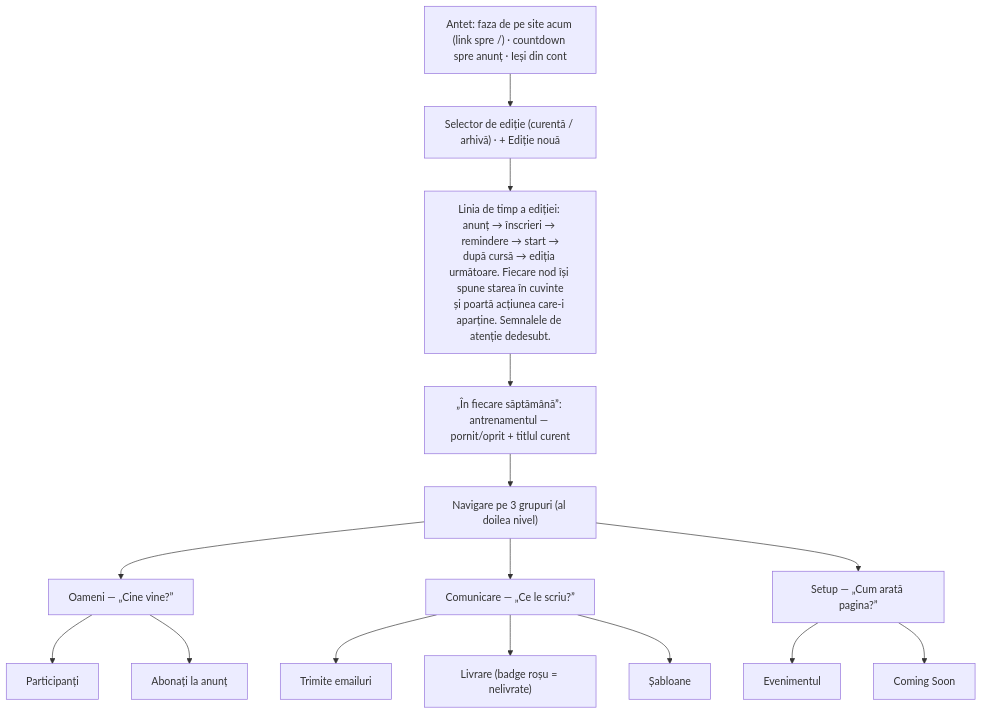
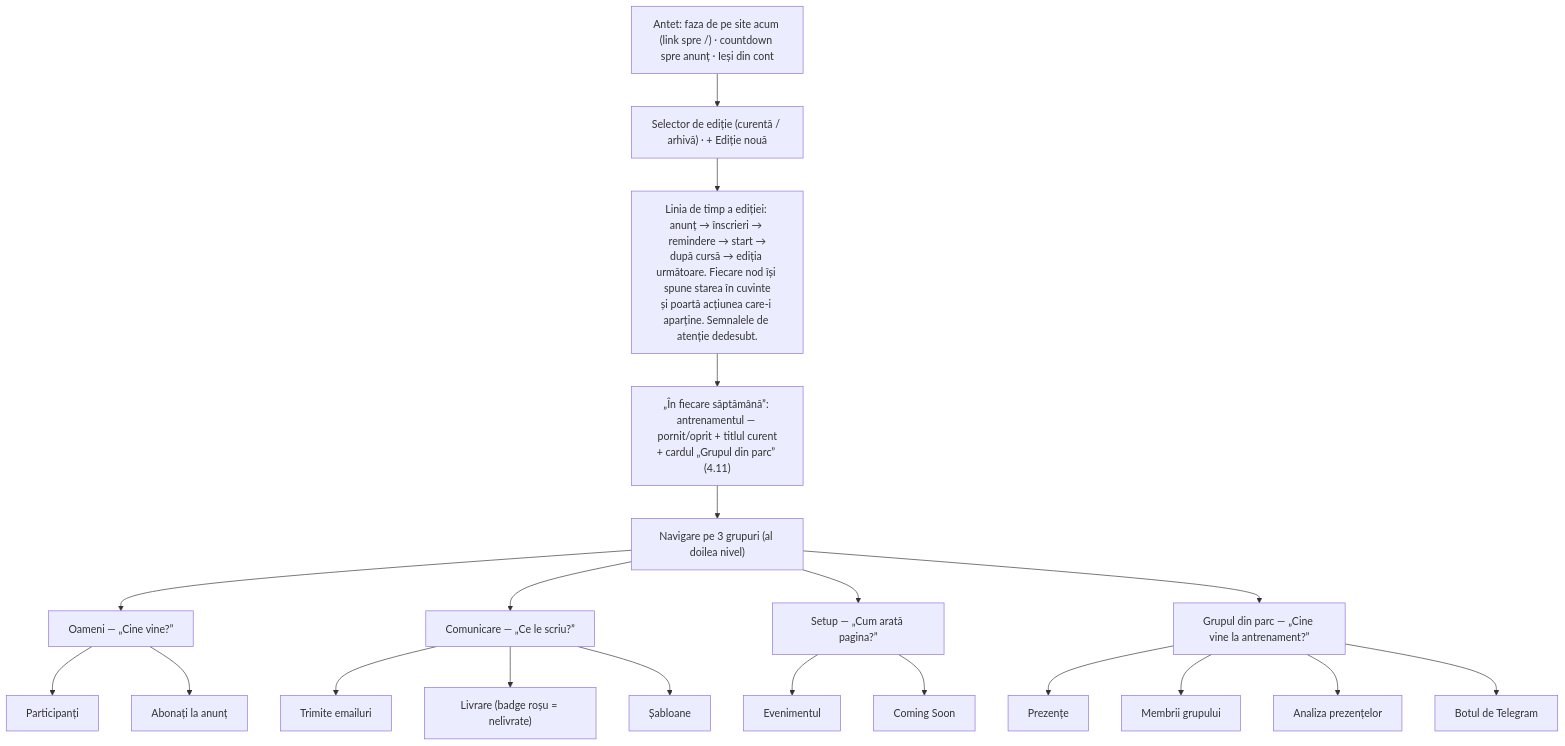
Diagram 13 of 20 in docs/FLUXURI.md (vladrightjump/run-lift-landing), drawn with Mermaid before and after one commit. The commit also changed other lines of this file and 2 other files, not shown here.

First line of the commit message:
docs: ghidul grupului din parc și harta lui tehnică

````diff
--- a/docs/FLUXURI.md
+++ b/docs/FLUXURI.md
@@ -407,19 +437,24 @@
 ```mermaid
 flowchart TB
   TOP["Antet: faza de pe site acum (link spre /) · countdown spre anunț · Ieși din cont"]
   ED["Selector de ediție (curentă / arhivă) · + Ediție nouă"]
   LINIE["Linia de timp a ediției: anunț → înscrieri → remindere → start →<br/>după cursă → ediția următoare. Fiecare nod își spune starea în cuvinte<br/>și poartă acțiunea care-i aparține. Semnalele de atenție dedesubt."]
-  SAPT["„În fiecare săptămână”: antrenamentul — pornit/oprit + titlul curent"]
+  SAPT["„În fiecare săptămână”: antrenamentul — pornit/oprit + titlul curent<br/>+ cardul „Grupul din parc” (4.11)"]
   NAV["Navigare pe 3 grupuri (al doilea nivel)"]
   TOP --> ED --> LINIE --> SAPT --> NAV
   NAV --> O["Oameni — „Cine vine?”"]
   NAV --> C["Comunicare — „Ce le scriu?”"]
   NAV --> S["Setup — „Cum arată pagina?”"]
   O --> O1[Participanți]
   O --> O2[Abonați la anunț]
   C --> C1[Trimite emailuri]
   C --> C2["Livrare (badge roșu = nelivrate)"]
   C --> C3[Șabloane]
   S --> S1[Evenimentul]
   S --> S2[Coming Soon]
+  NAV --> G["Grupul din parc — „Cine vine la antrenament?”"]
+  G --> G1[Prezențe]
+  G --> G2[Membrii grupului]
+  G --> G3[Analiza prezențelor]
+  G --> G4[Botul de Telegram]
 ```
````
